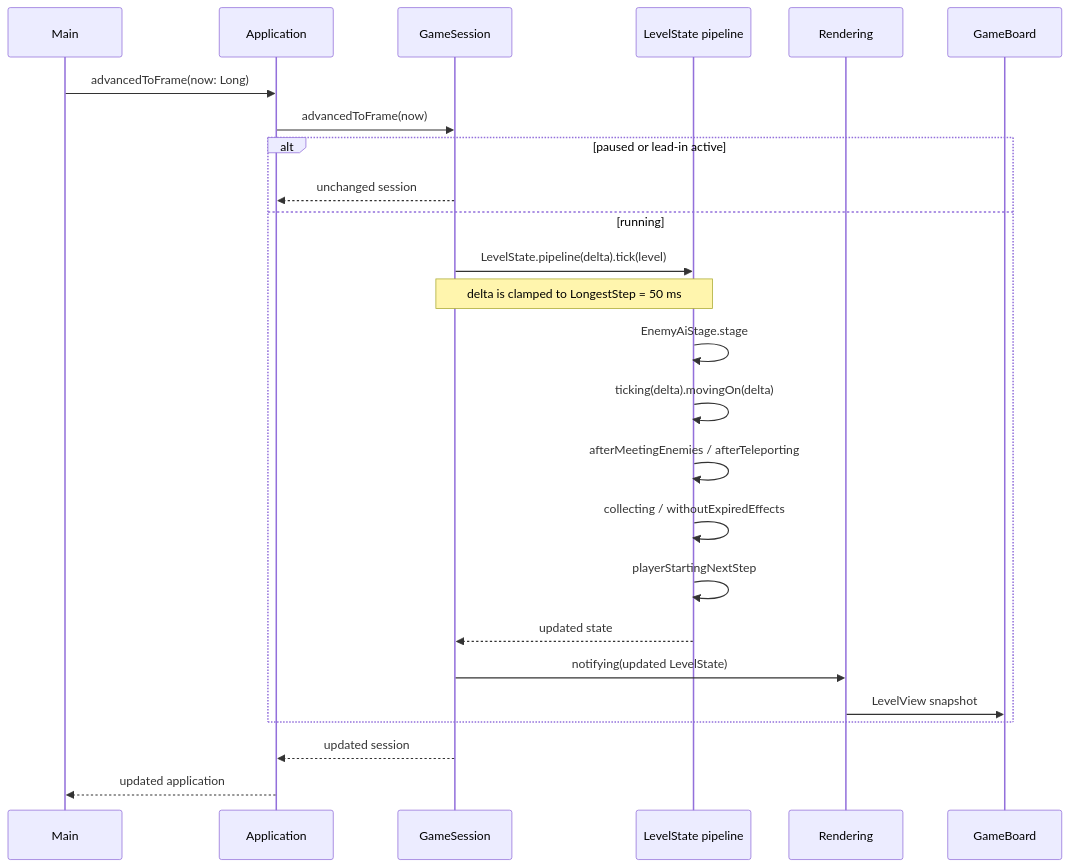
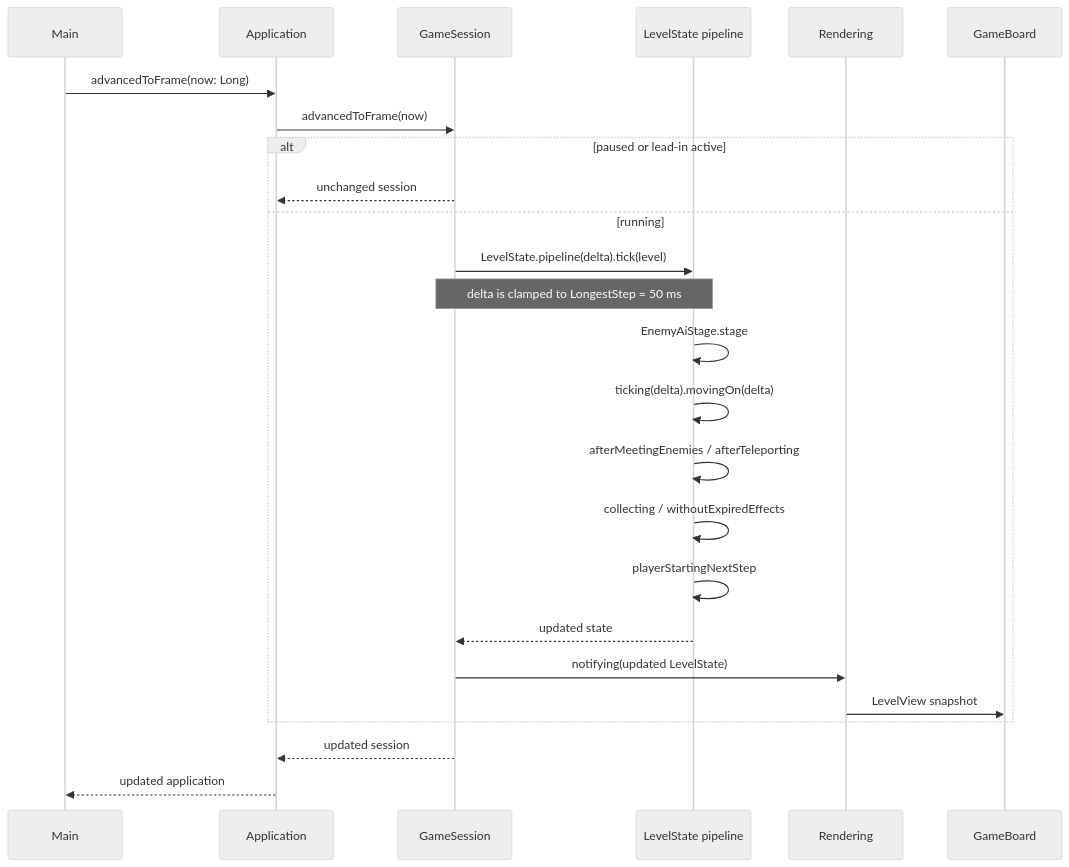
One commit to PPS-25/PPS-25-scala-man changed the diagram in docs/uml/tick-pipeline.mmd. Above: the diagram before and after it, drawn with Mermaid. The commit also changed 2 other files, not shown here.

Commit message:
docs: use neutral Mermaid diagram theme

```diff
--- a/docs/uml/tick-pipeline.mmd
+++ b/docs/uml/tick-pipeline.mmd
@@ -1,26 +1,27 @@
+%%{init: {"theme": "neutral"}}%%
 sequenceDiagram
   participant Main
   participant Application
   participant Session as GameSession
   participant Level as LevelState pipeline
   participant Rendering
   participant Board as GameBoard
 
   Main->>Application: advancedToFrame(now: Long)
   Application->>Session: advancedToFrame(now)
   alt paused or lead-in active
     Session-->>Application: unchanged session
   else running
     Session->>Level: LevelState.pipeline(delta).tick(level)
     Note over Session,Level: delta is clamped to LongestStep = 50 ms
     Level->>Level: EnemyAiStage.stage
     Level->>Level: ticking(delta).movingOn(delta)
     Level->>Level: afterMeetingEnemies / afterTeleporting
     Level->>Level: collecting / withoutExpiredEffects
     Level->>Level: playerStartingNextStep
     Level-->>Session: updated state
     Session->>Rendering: notifying(updated LevelState)
     Rendering->>Board: LevelView snapshot
   end
   Session-->>Application: updated session
   Application-->>Main: updated application
```
